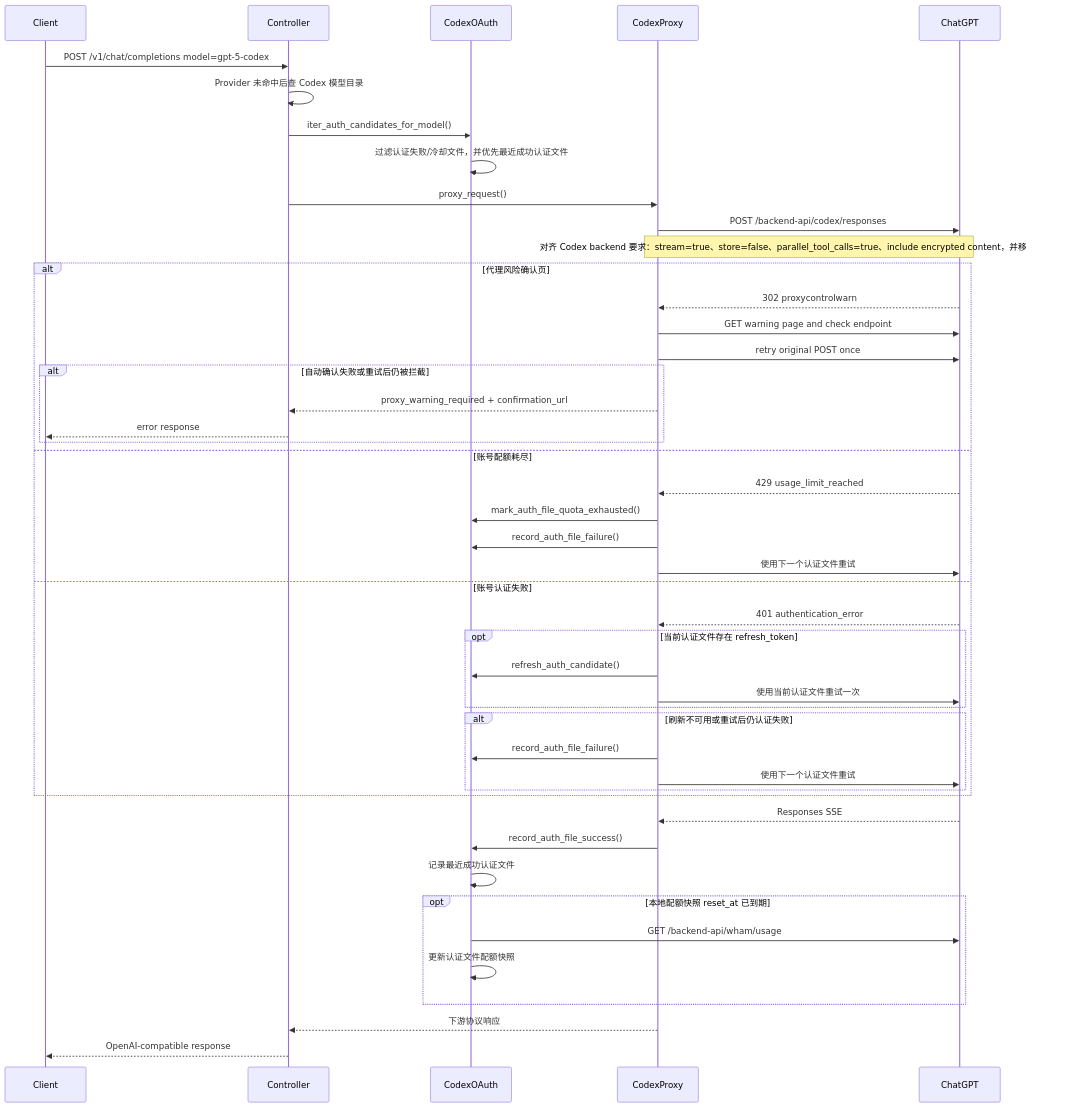
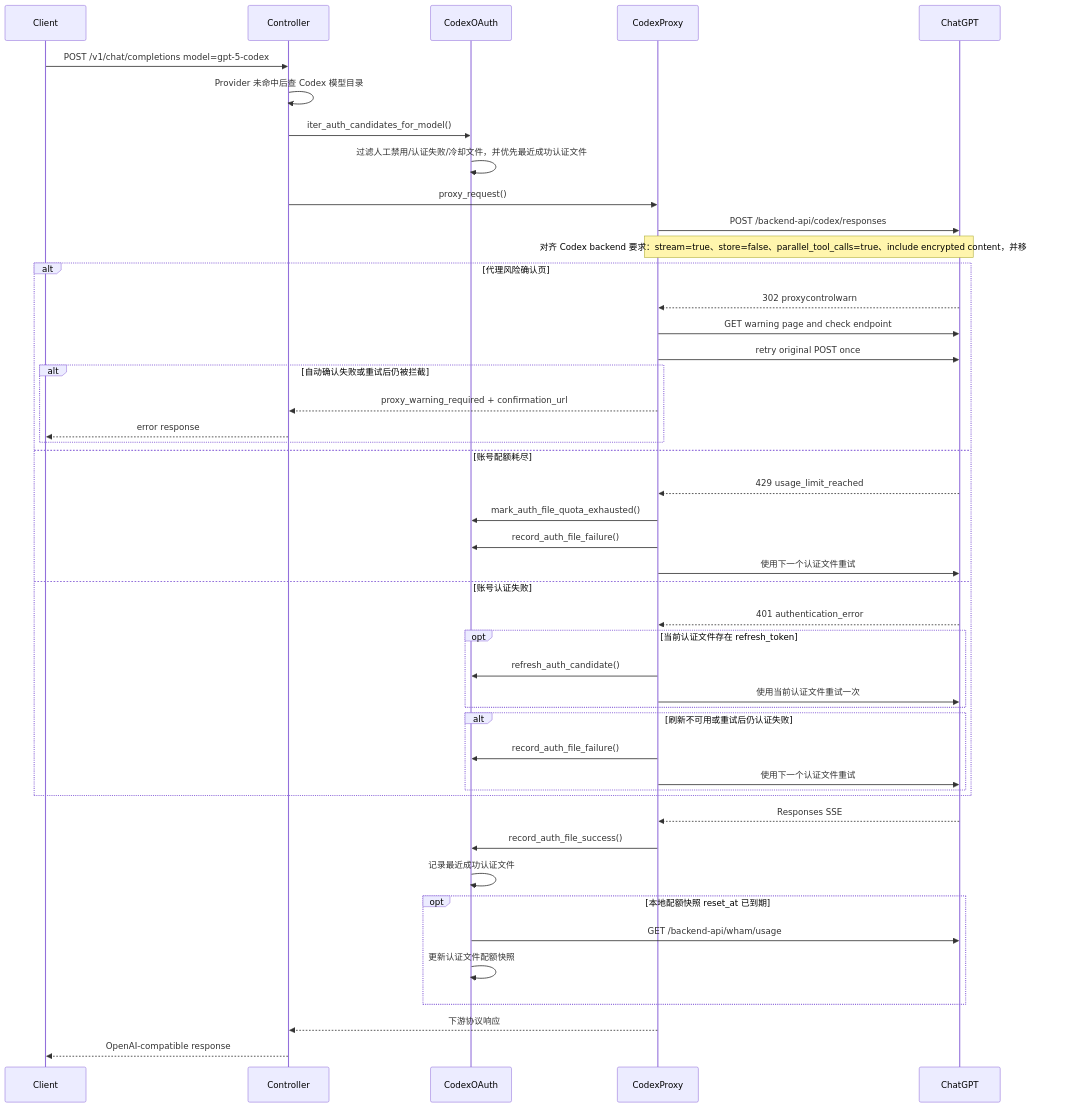
One commit to VonSdite/LLM_Proxy changed the second of 3 diagrams in docs/architecture-4plus1.md. Above: the diagram before and after it, drawn with Mermaid. The commit also changed other lines of this file and 11 other files, not shown here.

````diff
--- a/docs/architecture-4plus1.md
+++ b/docs/architecture-4plus1.md
@@ -840,49 +848,49 @@
 ```mermaid
 sequenceDiagram
     participant Client
     participant Controller
     participant CodexOAuth
     participant CodexProxy
     participant ChatGPT
 
     Client->>Controller: POST /v1/chat/completions model=gpt-5-codex
     Controller->>Controller: Provider 未命中后查 Codex 模型目录
     Controller->>CodexOAuth: iter_auth_candidates_for_model()
-    CodexOAuth->>CodexOAuth: 过滤认证失败/冷却文件，并优先最近成功认证文件
+    CodexOAuth->>CodexOAuth: 过滤人工禁用/认证失败/冷却文件，并优先最近成功认证文件
     Controller->>CodexProxy: proxy_request()
     CodexProxy->>ChatGPT: POST /backend-api/codex/responses
     Note over CodexProxy,ChatGPT: 对齐 Codex backend 要求：stream=true、store=false、parallel_tool_calls=true、include encrypted content，并移除不支持字段
     alt 代理风险确认页
         ChatGPT-->>CodexProxy: 302 proxycontrolwarn
         CodexProxy->>ChatGPT: GET warning page and check endpoint
         CodexProxy->>ChatGPT: retry original POST once
         alt 自动确认失败或重试后仍被拦截
             CodexProxy-->>Controller: proxy_warning_required + confirmation_url
             Controller-->>Client: error response
         end
     else 账号配额耗尽
         ChatGPT-->>CodexProxy: 429 usage_limit_reached
         CodexProxy->>CodexOAuth: mark_auth_file_quota_exhausted()
         CodexProxy->>CodexOAuth: record_auth_file_failure()
         CodexProxy->>ChatGPT: 使用下一个认证文件重试
     else 账号认证失败
         ChatGPT-->>CodexProxy: 401 authentication_error
         opt 当前认证文件存在 refresh_token
             CodexProxy->>CodexOAuth: refresh_auth_candidate()
             CodexProxy->>ChatGPT: 使用当前认证文件重试一次
         end
         alt 刷新不可用或重试后仍认证失败
             CodexProxy->>CodexOAuth: record_auth_file_failure()
             CodexProxy->>ChatGPT: 使用下一个认证文件重试
         end
     end
     ChatGPT-->>CodexProxy: Responses SSE
     CodexProxy->>CodexOAuth: record_auth_file_success()
     CodexOAuth->>CodexOAuth: 记录最近成功认证文件
     opt 本地配额快照 reset_at 已到期
         CodexOAuth->>ChatGPT: GET /backend-api/wham/usage
         CodexOAuth->>CodexOAuth: 更新认证文件配额快照
     end
     CodexProxy-->>Controller: 下游协议响应
     Controller-->>Client: OpenAI-compatible response
 ```
````
